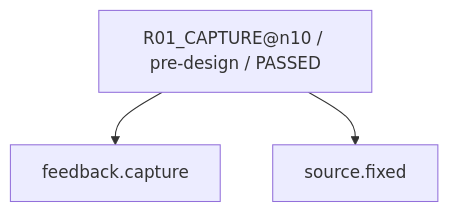
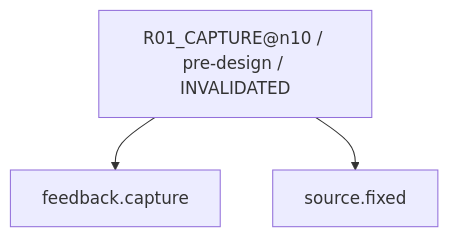
Diagram 11 of 30 in work/items/W-MATH-034-n09-n10-guided-design/generated/CAPABILITY_FIRE_DIAGRAM.md (rrikunagasige-dot/kyotsu-step-web), drawn with Mermaid before and after one commit. The commit also changed other lines of this file and 266 other files, not shown here.

````diff
--- a/work/items/W-MATH-034-n09-n10-guided-design/generated/CAPABILITY_FIRE_DIAGRAM.md
+++ b/work/items/W-MATH-034-n09-n10-guided-design/generated/CAPABILITY_FIRE_DIAGRAM.md
@@ -175,8 +175,8 @@
 ```mermaid
 flowchart TD
-  N0["R01_CAPTURE@n10 / pre-design / PASSED"]
+  N0["R01_CAPTURE@n10 / pre-design / INVALIDATED"]
   N1["source.fixed"]
   N2["feedback.capture"]
   N0 --> N2
   N0 --> N1
 ```
````
